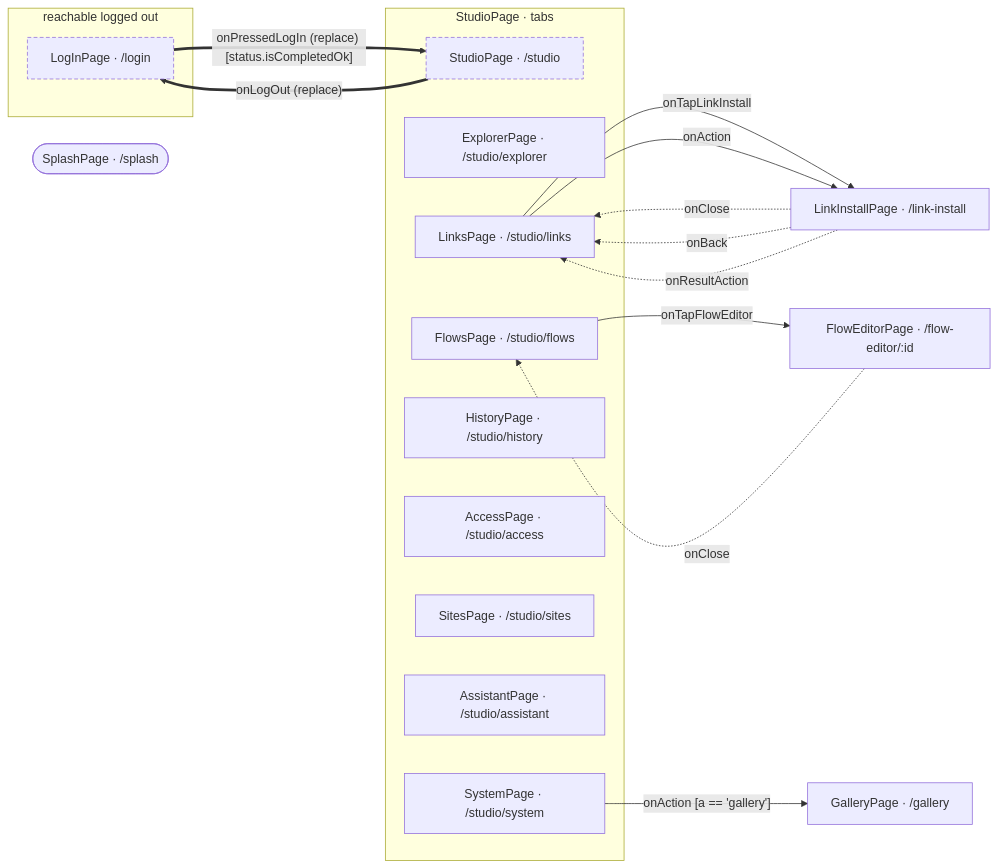
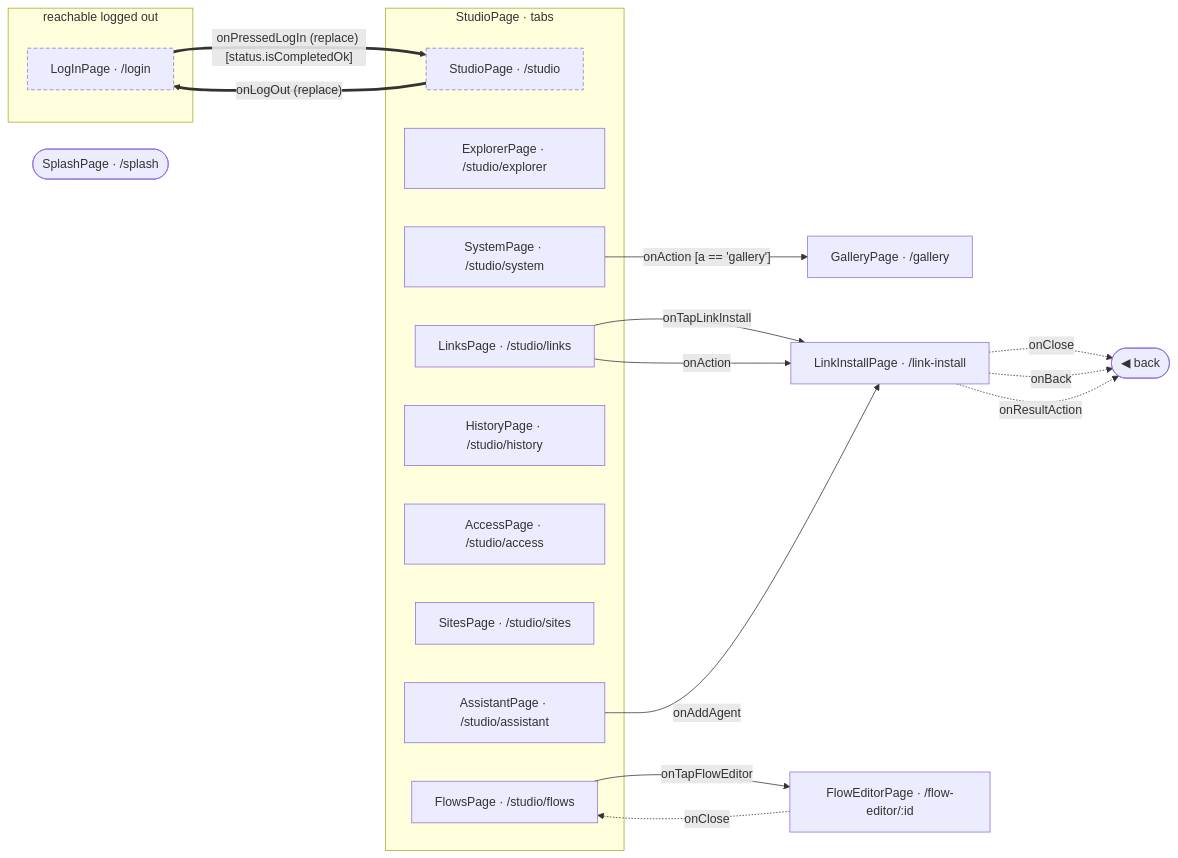
One commit to gencto/wyrm changed the diagram in studio/docs/flows/README.md. Above: the diagram before and after it, drawn with Mermaid. The commit also changed other lines of this file and 36 other files, not shown here.

````diff
--- a/studio/docs/flows/README.md
+++ b/studio/docs/flows/README.md
@@ -7,35 +7,37 @@
 ```mermaid
 flowchart LR
     subgraph frxPublic["reachable logged out"]
         logIn["LogInPage · /login"]
     end
     splash(["SplashPage · /splash"])
     gallery["GalleryPage · /gallery"]
     subgraph frxTabs_studio["StudioPage · tabs"]
         studio["StudioPage · /studio"]
         explorer["ExplorerPage · /studio/explorer"]
         links["LinksPage · /studio/links"]
         flows["FlowsPage · /studio/flows"]
         history["HistoryPage · /studio/history"]
         access["AccessPage · /studio/access"]
         sites["SitesPage · /studio/sites"]
         assistant["AssistantPage · /studio/assistant"]
         system["SystemPage · /studio/system"]
     end
     linkInstall["LinkInstallPage · /link-install"]
     flowEditor["FlowEditorPage · /flow-editor/:id"]
+    frxBack(["◀ back"])
 
     logIn ==>|"onPressedLogIn (replace) [status.isCompletedOk]"| studio
     studio ==>|"onLogOut (replace)"| logIn
     links -->|"onTapLinkInstall"| linkInstall
     links -->|"onAction"| linkInstall
     flows -->|"onTapFlowEditor"| flowEditor
+    assistant -->|"onAddAgent"| linkInstall
     system -->|"onAction [a == 'gallery']"| gallery
-    linkInstall -.->|"onClose"| links
-    linkInstall -.->|"onBack"| links
-    linkInstall -.->|"onResultAction"| links
+    linkInstall -.->|"onClose"| frxBack
+    linkInstall -.->|"onBack"| frxBack
+    linkInstall -.->|"onResultAction"| frxBack
     flowEditor -.->|"onClose"| flows
 
     classDef frxEntry stroke-dasharray: 5 3
     class logIn,studio frxEntry
 ```
````
